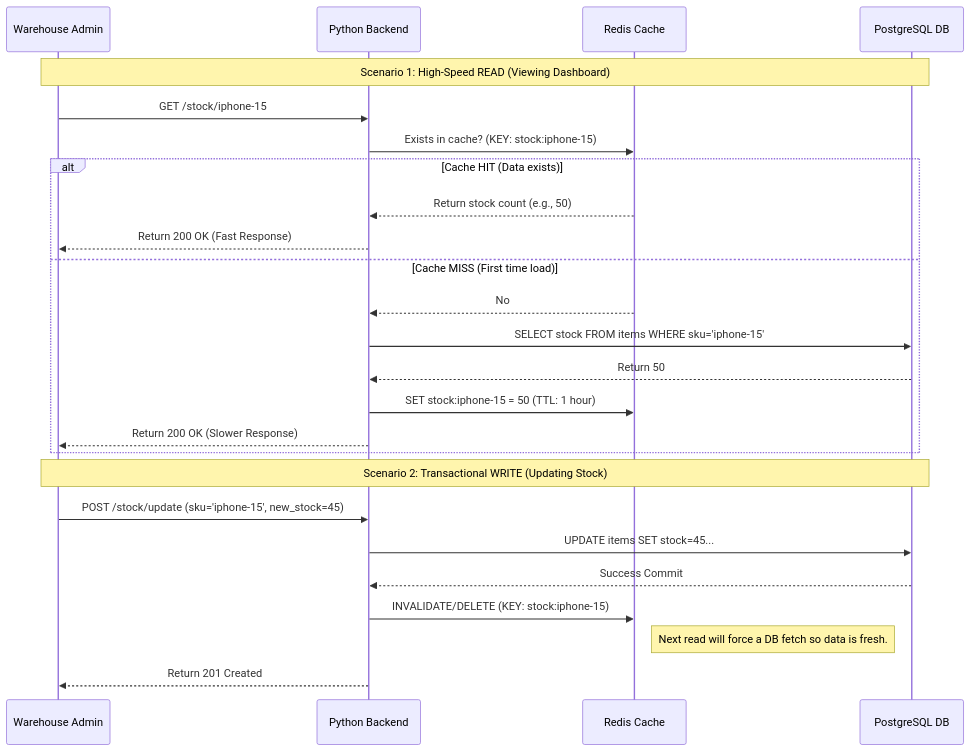
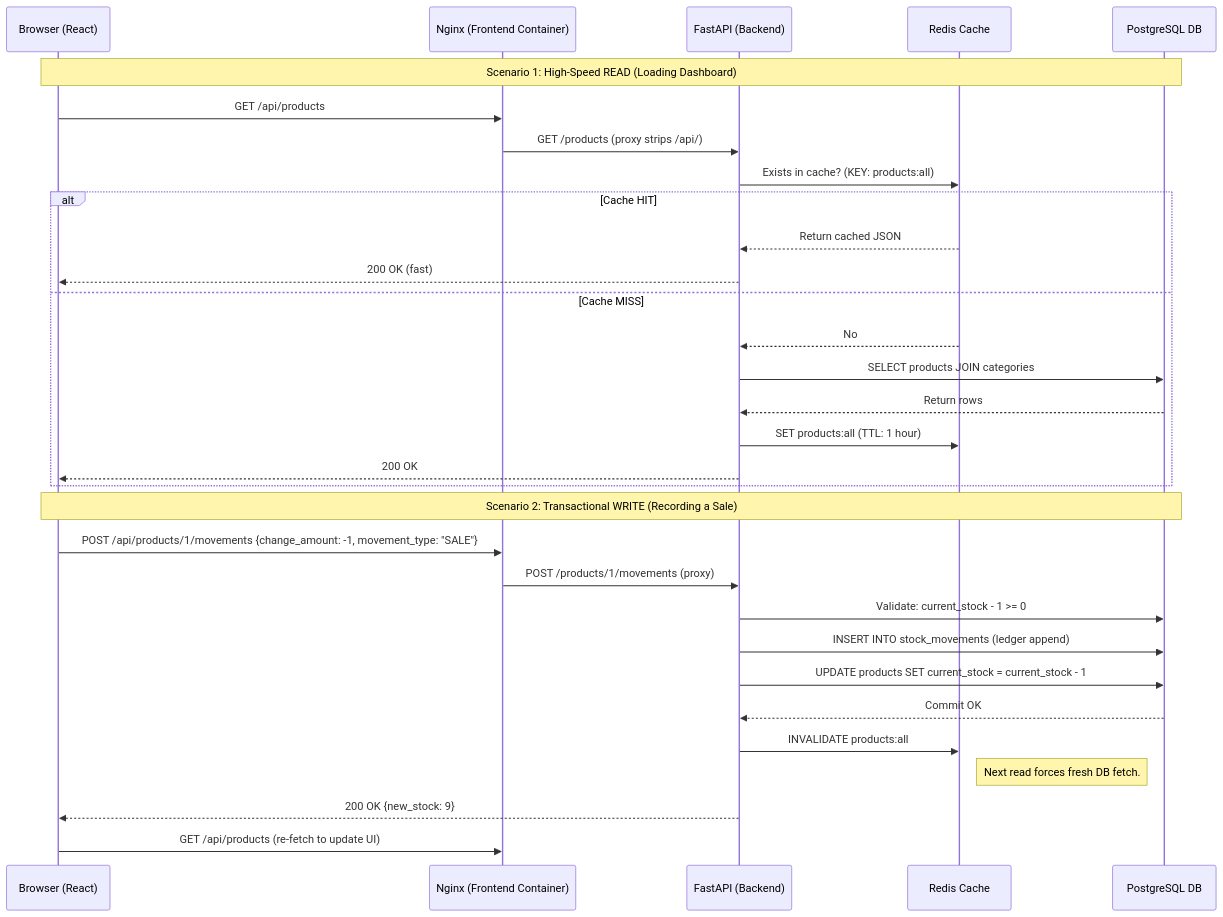
One commit to VikramBabariya/inventory-system changed the third of 3 diagrams in docs/architecture/hld/system-architecture.md. Above: the diagram before and after it, drawn with Mermaid. The commit also changed other lines of this file and 5 other files, not shown here.

````diff
--- a/docs/architecture/hld/system-architecture.md
+++ b/docs/architecture/hld/system-architecture.md
@@ -55,29 +60,35 @@
 ```mermaid
 sequenceDiagram
-    participant Client as Warehouse Admin
-    participant API as Python Backend
+    participant Browser as Browser (React)
+    participant Nginx as Nginx (Frontend Container)
+    participant API as FastAPI (Backend)
     participant Redis as Redis Cache
     participant DB as PostgreSQL DB
 
-    Note over Client, DB: Scenario 1: High-Speed READ (Viewing Dashboard)
-    Client->>API: GET /stock/iphone-15
-    API->>Redis: Exists in cache? (KEY: stock:iphone-15)
-    alt Cache HIT (Data exists)
-        Redis-->>API: Return stock count (e.g., 50)
-        API-->>Client: Return 200 OK (Fast Response)
-    else Cache MISS (First time load)
+    Note over Browser, DB: Scenario 1: High-Speed READ (Loading Dashboard)
+    Browser->>Nginx: GET /api/products
+    Nginx->>API: GET /products (proxy strips /api/)
+    API->>Redis: Exists in cache? (KEY: products:all)
+    alt Cache HIT
+        Redis-->>API: Return cached JSON
+        API-->>Browser: 200 OK (fast)
+    else Cache MISS
         Redis-->>API: No
-        API->>DB: SELECT stock FROM items WHERE sku='iphone-15'
-        DB-->>API: Return 50
-        API->>Redis: SET stock:iphone-15 = 50 (TTL: 1 hour)
-        API-->>Client: Return 200 OK (Slower Response)
+        API->>DB: SELECT products JOIN categories
+        DB-->>API: Return rows
+        API->>Redis: SET products:all (TTL: 1 hour)
+        API-->>Browser: 200 OK
     end
 
-    Note over Client, DB: Scenario 2: Transactional WRITE (Updating Stock)
-    Client->>API: POST /stock/update (sku='iphone-15', new_stock=45)
-    API->>DB: UPDATE items SET stock=45...
-    DB-->>API: Success Commit
-    API->>Redis: INVALIDATE/DELETE (KEY: stock:iphone-15)
-    Note right of Redis: Next read will force a DB fetch so data is fresh.
-    API-->>Client: Return 201 Created
+    Note over Browser, DB: Scenario 2: Transactional WRITE (Recording a Sale)
+    Browser->>Nginx: POST /api/products/1/movements {change_amount: -1, movement_type: "SALE"}
+    Nginx->>API: POST /products/1/movements (proxy)
+    API->>DB: Validate: current_stock - 1 >= 0
+    API->>DB: INSERT INTO stock_movements (ledger append)
+    API->>DB: UPDATE products SET current_stock = current_stock - 1
+    DB-->>API: Commit OK
+    API->>Redis: INVALIDATE products:all
+    Note right of Redis: Next read forces fresh DB fetch.
+    API-->>Browser: 200 OK {new_stock: 9}
+    Browser->>Nginx: GET /api/products (re-fetch to update UI)
 ```
````
